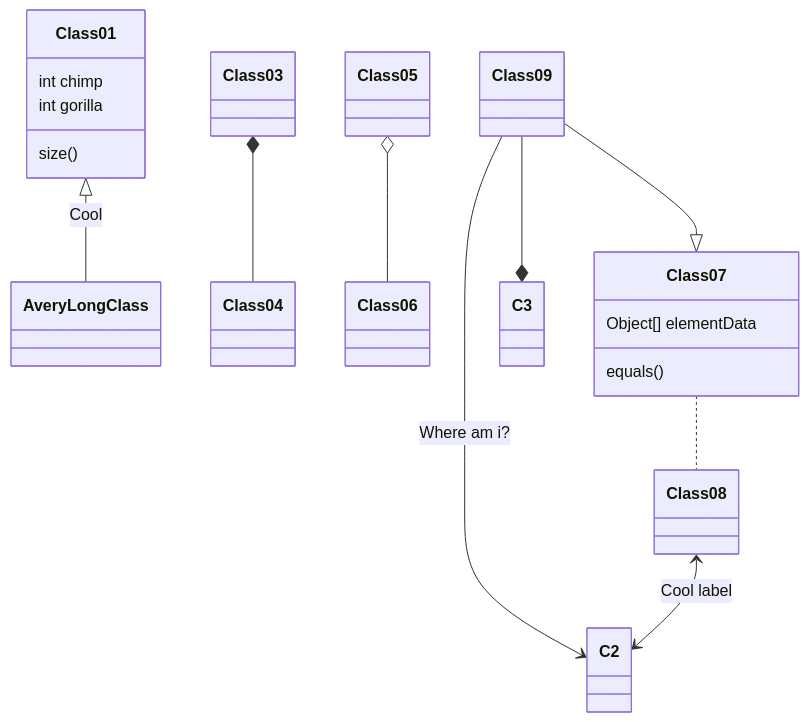
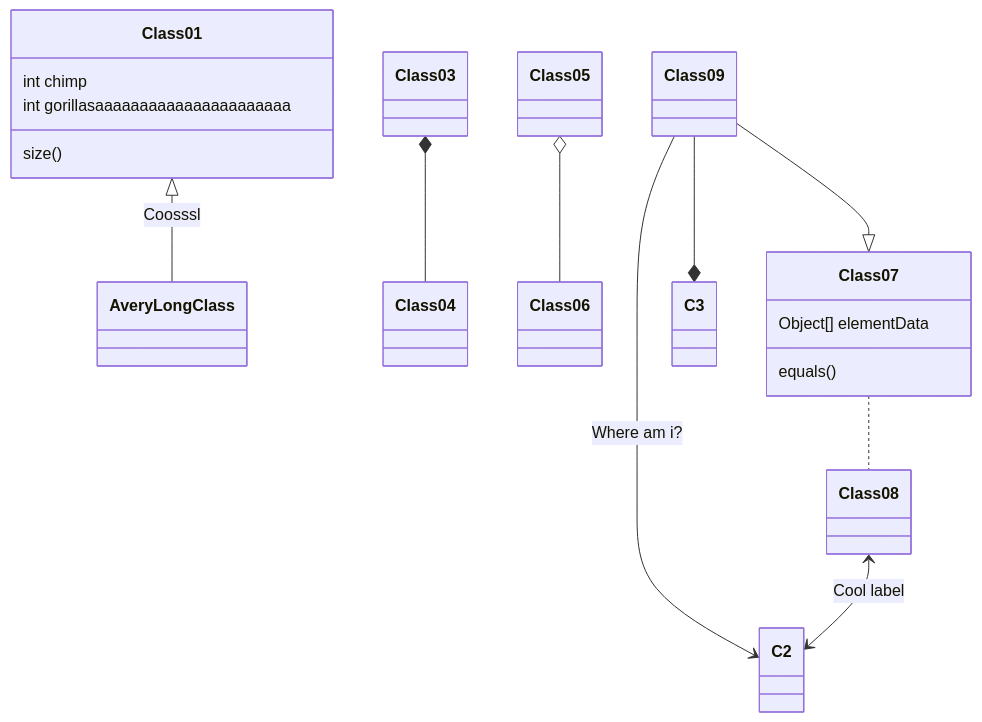
One commit to DanySK/Template-Hugo-Reveal-Slides changed the first of 2 diagrams in content/_index.md. Above: the diagram before and after it, drawn with Mermaid. The commit also changed other lines of this file, not shown here.

Commit message:
add examples with mermaid.js

```diff
--- a/content/_index.md
+++ b/content/_index.md
@@ -244,16 +244,17 @@
 {{< mermaid >}}
+%%{init: {'theme':'default', 'themeVariables': { 'fontSize': '1', 'fontFamily': 'verdana' }}}%%
 classDiagram
-  Class01 <|-- AveryLongClass : Cool
+  Class01 <|-- AveryLongClass : Coosssl
   Class03 *-- Class04
   Class05 o-- Class06
   Class07 .. Class08
   Class09 --> C2 : Where am i?
   Class09 --* C3
   Class09 --|> Class07
   Class07 : equals()
   Class07 : Object[] elementData
   Class01 : size()
   Class01 : int chimp
-  Class01 : int gorilla
+  Class01 : int gorillasaaaaaaaaaaaaaaaaaaaaaa
   Class08 <--> C2: Cool label
 {{< /mermaid >}}
```
